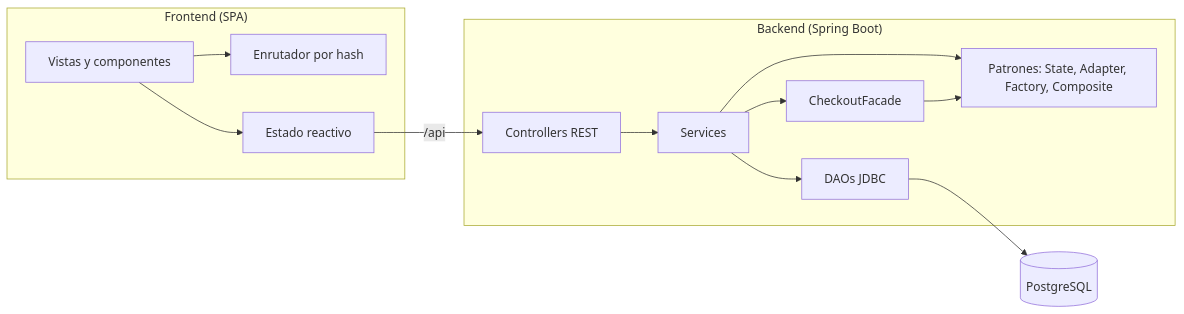
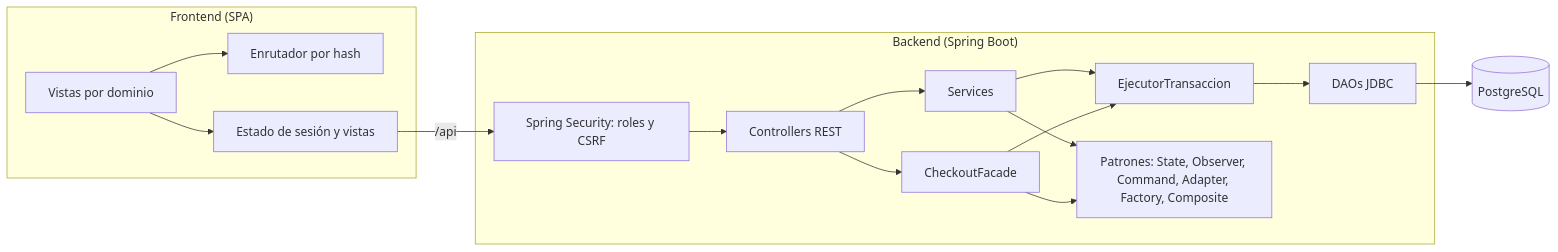
One commit to AnthonyLitz75/retail-diseno-patrones changed the diagram in README.md. Above: the diagram before and after it, drawn with Mermaid. The commit also changed other lines of this file, not shown here.

````diff
--- a/README.md
+++ b/README.md
@@ -154,28 +177,33 @@
 ```mermaid
 flowchart LR
     subgraph Frontend["Frontend (SPA)"]
-        UI[Vistas y componentes]
+        UI[Vistas por dominio]
         RT[Enrutador por hash]
-        ST[Estado reactivo]
+        ST[Estado de sesión y vistas]
     end
 
     subgraph Backend["Backend (Spring Boot)"]
+        SEC[Spring Security: roles y CSRF]
         CT[Controllers REST]
         SV[Services]
         FC[CheckoutFacade]
-        PT[Patrones: State, Adapter, Factory, Composite]
+        TX[EjecutorTransaccion]
+        PT[Patrones: State, Observer, Command, Adapter, Factory, Composite]
         DAO[DAOs JDBC]
     end
 
     DB[(PostgreSQL)]
 
     UI --> RT
     UI --> ST
-    ST -- "/api" --> CT
+    ST -- "/api" --> SEC
+    SEC --> CT
     CT --> SV
-    SV --> FC
+    CT --> FC
+    SV --> TX
+    FC --> TX
     SV --> PT
     FC --> PT
-    SV --> DAO
+    TX --> DAO
     DAO --> DB
 ```
````
